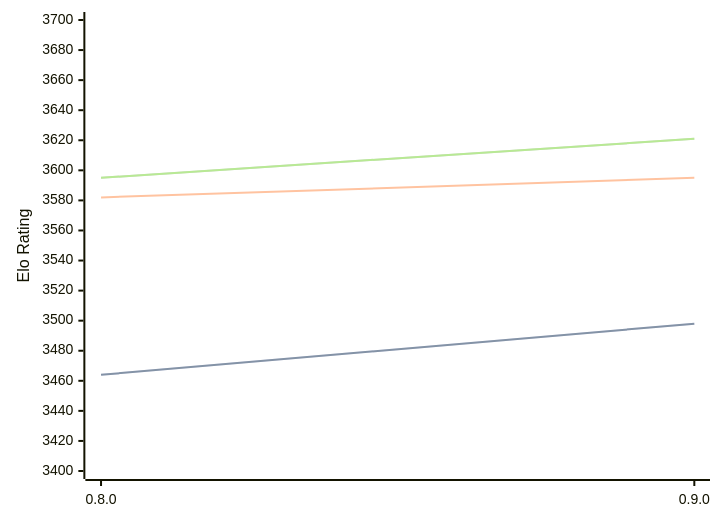
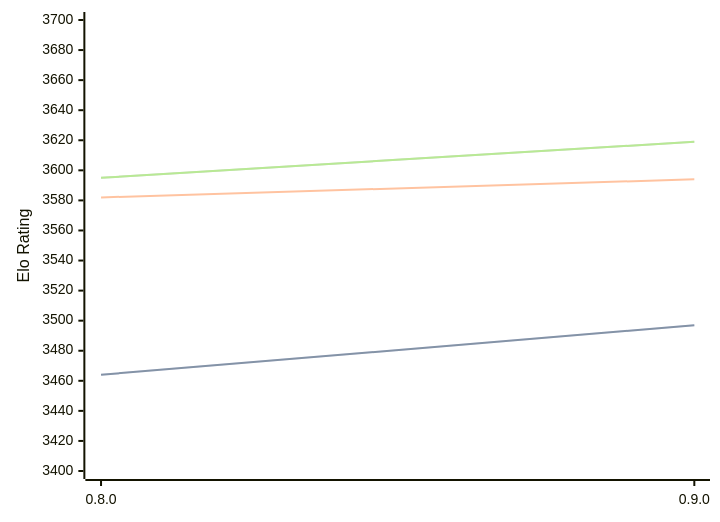
One commit to computer-chess-index/cci changed the diagram in engines/Reckless.md. Above: the diagram before and after it, drawn with Mermaid. The commit also changed other lines of this file, not shown here.

Commit message:
Update CCI Ratings (ELO VLTC) - 2026-03-24

````diff
--- a/engines/Reckless.md
+++ b/engines/Reckless.md
@@ -39,11 +39,11 @@
 ```mermaid
 %%{init: {"theme":"base","themeVariables":{"seriesColors:['#a3a3a3','#222221','#faa371']}}}%%
 xychart-beta
   x-axis ["0.8.0", "0.9.0"]
   y-axis "Elo Rating" 3400 --> 3700
-  line "STC (8.0+0.08s)" [3464, 3498]
-  line "STC (8.0+0.08s)" [3464, 3498]
-  line "LTC (60.0+0.60s)" [3582, 3595]
-  line "VLTC (2m24s+1.12s)" [3595, 3621]
-  line "VLTC (2m24s+1.12s)" [3595, 3621]
+  line "STC (8.0+0.08s)" [3464, 3497]
+  line "STC (8.0+0.08s)" [3464, 3497]
+  line "LTC (60.0+0.60s)" [3582, 3594]
+  line "VLTC (2m24s+1.12s)" [3595, 3619]
+  line "VLTC (2m24s+1.12s)" [3595, 3619]
 ```
````
